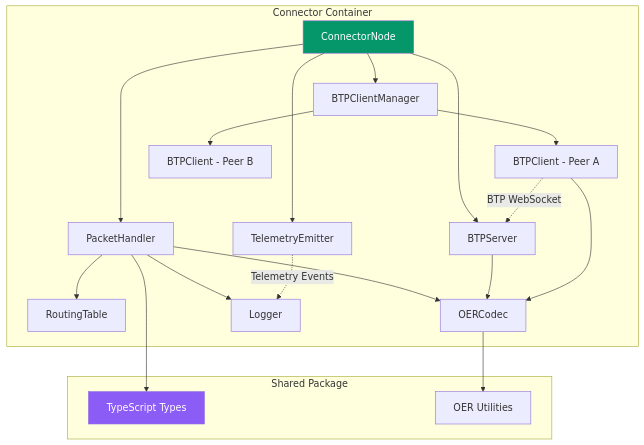
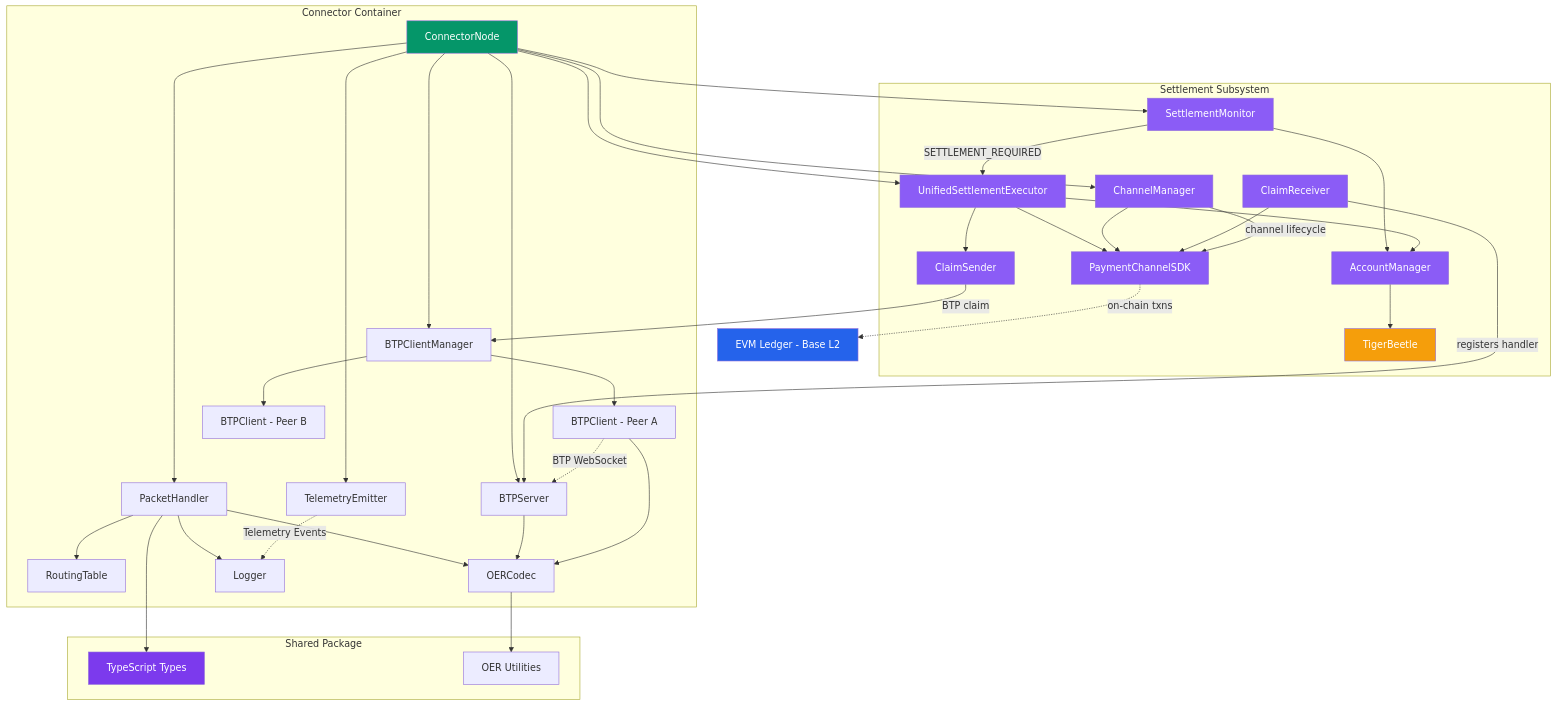
One commit to ALLiDoizCode/agent-runtime changed the diagram in docs/architecture/components.md. Above: the diagram before and after it, drawn with Mermaid. The commit also changed other lines of this file and 7 other files, not shown here.

````diff
--- a/docs/architecture/components.md
+++ b/docs/architecture/components.md
@@ -272,41 +353,78 @@
 ```mermaid
 graph TB
     subgraph "Connector Container"
         CN[ConnectorNode]
         PH[PacketHandler]
         RT[RoutingTable]
         BTPS[BTPServer]
         BTPCM[BTPClientManager]
         BTPC1[BTPClient - Peer A]
         BTPC2[BTPClient - Peer B]
         OER[OERCodec]
         TE[TelemetryEmitter]
         LOG[Logger]
 
         CN --> PH
         CN --> BTPS
         CN --> BTPCM
         CN --> TE
         PH --> RT
         PH --> OER
         PH --> LOG
         BTPCM --> BTPC1
         BTPCM --> BTPC2
         BTPS --> OER
         BTPC1 --> OER
     end
 
+    subgraph "Settlement Subsystem"
+        USE[UnifiedSettlementExecutor]
+        SM[SettlementMonitor]
+        CM[ChannelManager]
+        CS[ClaimSender]
+        CR[ClaimReceiver]
+        SDK[PaymentChannelSDK]
+        AM[AccountManager]
+        TB[TigerBeetle]
+
+        SM -->|SETTLEMENT_REQUIRED| USE
+        USE --> CS
+        USE --> SDK
+        CM --> SDK
+        CR --> SDK
+        CS -->|BTP claim| BTPCM
+        CR -->|registers handler| BTPS
+        AM --> TB
+        SM --> AM
+        USE --> AM
+        CM -->|channel lifecycle| SDK
+    end
+
     subgraph "Shared Package"
         TYPES[TypeScript Types]
         SHARED_OER[OER Utilities]
     end
 
+    CN --> USE
+    CN --> SM
+    CN --> CM
+
     BTPC1 -.->|BTP WebSocket| BTPS
     TE -.->|Telemetry Events| LOG
+    SDK -.->|on-chain txns| EVM[EVM Ledger - Base L2]
 
     PH --> TYPES
     OER --> SHARED_OER
 
     style CN fill:#059669,color:#fff
-    style TYPES fill:#8b5cf6,color:#fff
+    style USE fill:#8b5cf6,color:#fff
+    style SM fill:#8b5cf6,color:#fff
+    style CM fill:#8b5cf6,color:#fff
+    style CS fill:#8b5cf6,color:#fff
+    style CR fill:#8b5cf6,color:#fff
+    style SDK fill:#8b5cf6,color:#fff
+    style AM fill:#8b5cf6,color:#fff
+    style TB fill:#f59e0b,color:#fff
+    style EVM fill:#2563eb,color:#fff
+    style TYPES fill:#7c3aed,color:#fff
 ```
````
